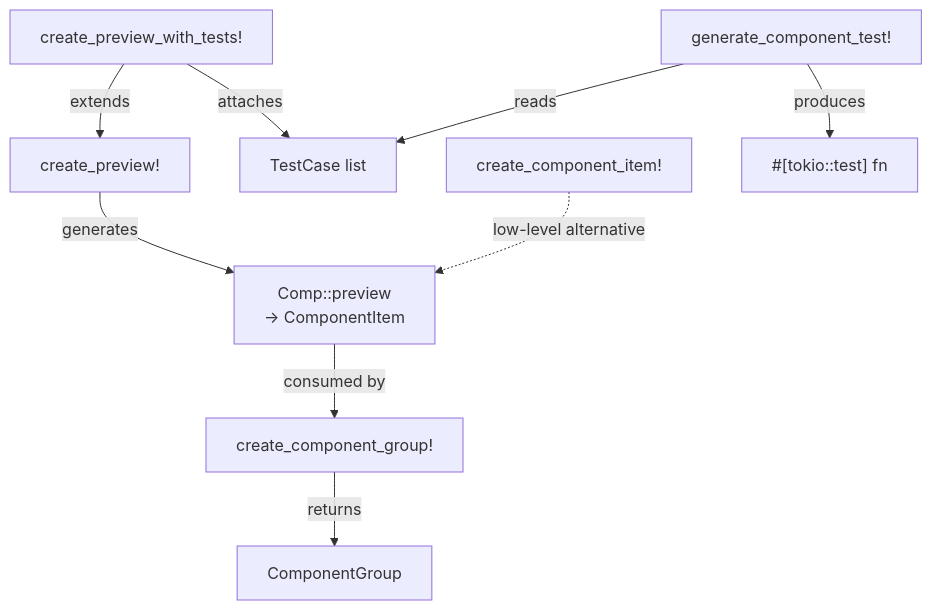
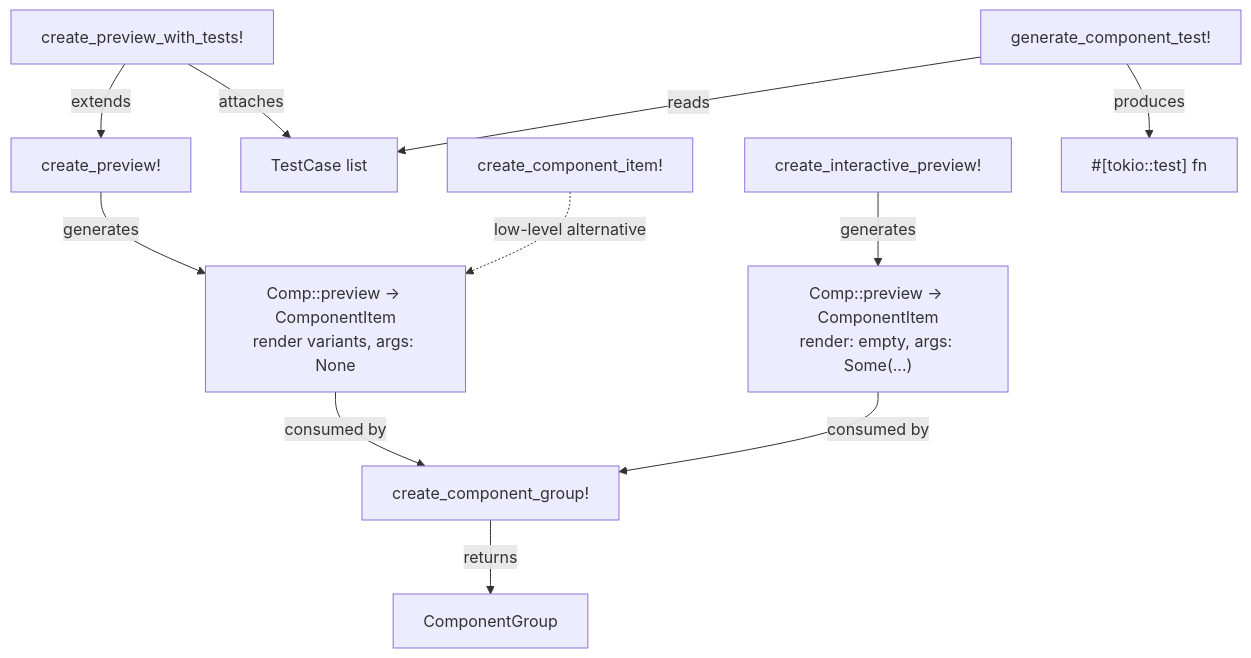
One commit to chriamue/yew-preview changed the diagram in docs/macros.md. Above: the diagram before and after it, drawn with Mermaid. The commit also changed other lines of this file and 5 other files, not shown here.

````diff
--- a/docs/macros.md
+++ b/docs/macros.md
@@ -14,11 +14,13 @@
 ```mermaid
 flowchart TD
-    CP[create_preview!] -->|generates| PI["Comp::preview\n-> ComponentItem"]
-    CPT[create_preview_with_tests!] -->|extends| CP
+    CP["create_preview!"] -->|generates| PI["Comp::preview → ComponentItem\nrender variants, args: None"]
+    CPT["create_preview_with_tests!"] -->|extends| CP
     CPT -->|attaches| TC[TestCase list]
-    PI -->|consumed by| CCG[create_component_group!]
+    CIP["create_interactive_preview!"] -->|generates| PII["Comp::preview → ComponentItem\nrender: empty, args: Some(...)"]
+    PI -->|consumed by| CCG["create_component_group!"]
+    PII -->|consumed by| CCG
     CCG -->|returns| CG[ComponentGroup]
-    CCI[create_component_item!] -.->|low-level alternative| PI
-    GCT[generate_component_test!] -->|reads| TC
+    CCI["create_component_item!"] -.->|low-level alternative| PI
+    GCT["generate_component_test!"] -->|reads| TC
     GCT -->|produces| TF["#[tokio::test] fn"]
 ```
````
